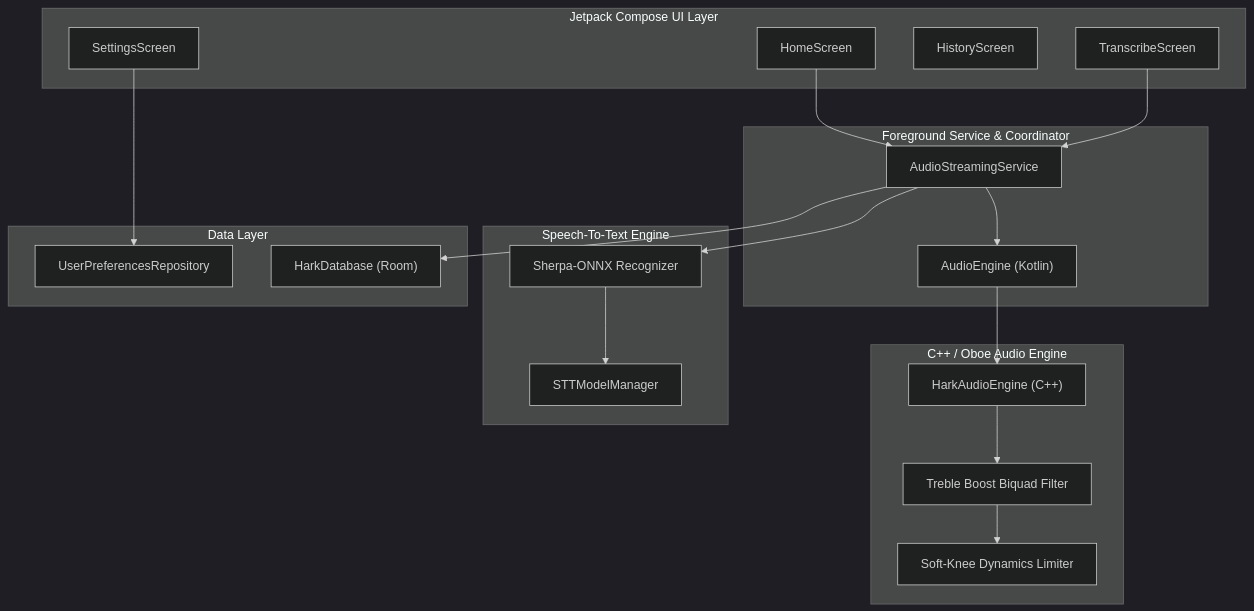
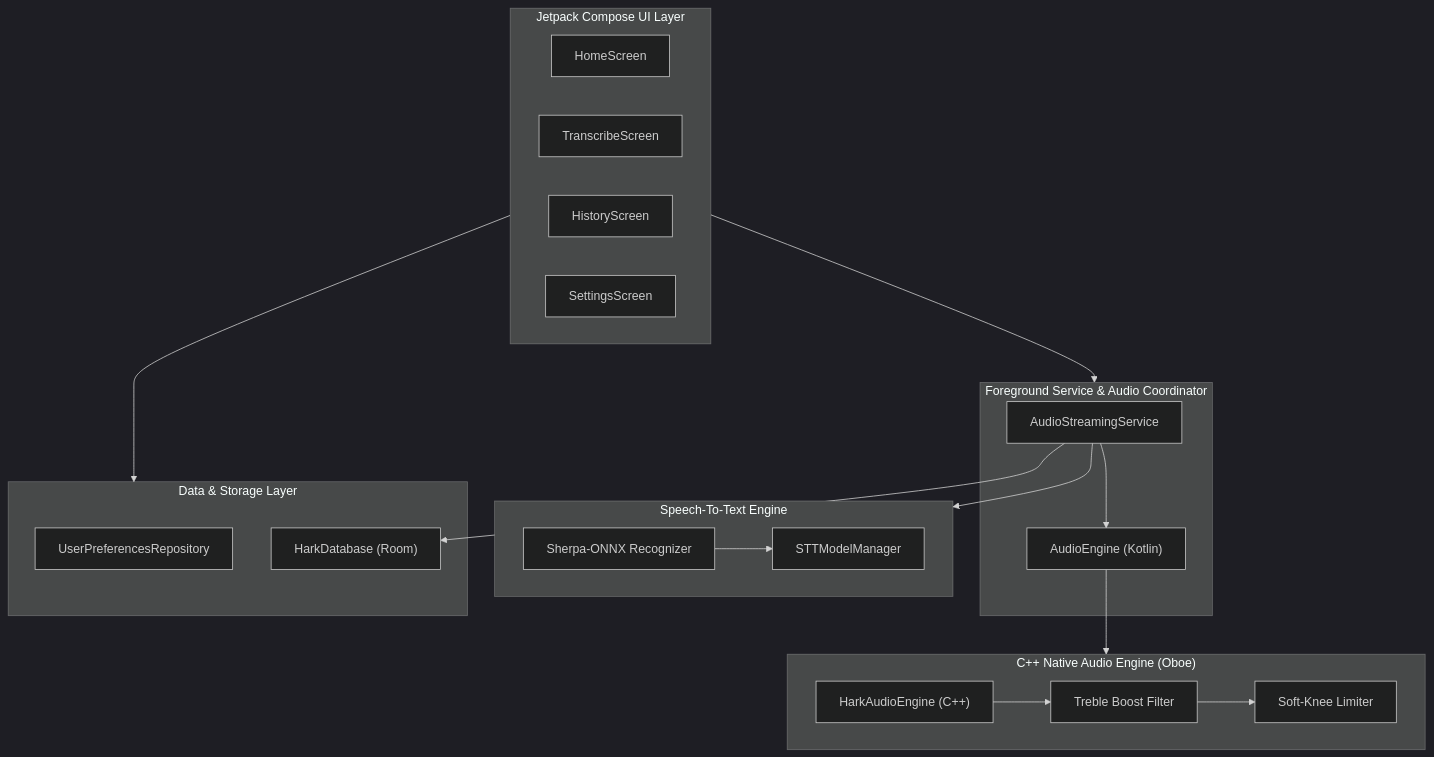
Before and after one commit to thivyan-studios/hark-app: the diagram in README.md, drawn with Mermaid (dark theme). The commit also changed 1 other file, not shown here.

Commit message:
Fixing README.md and ARCHITECTURE.md

````diff
--- a/README.md
+++ b/README.md
@@ -33,41 +33,39 @@
 ```mermaid
 flowchart TD
     subgraph UI ["Jetpack Compose UI Layer"]
         HomeScreen["HomeScreen"]
         TranscribeScreen["TranscribeScreen"]
         HistoryScreen["HistoryScreen"]
         SettingsScreen["SettingsScreen"]
     end
 
-    subgraph Core ["Foreground Service & Coordinator"]
+    subgraph Core ["Foreground Service & Audio Coordinator"]
         Service["AudioStreamingService"]
         AudioEngine["AudioEngine (Kotlin)"]
+        Service --> AudioEngine
     end
 
-    subgraph Native ["C++ / Oboe Audio Engine"]
+    subgraph Native ["C++ Native Audio Engine (Oboe)"]
         HarkNative["HarkAudioEngine (C++)"]
-        TrebleFilter["Treble Boost Biquad Filter"]
-        Limiter["Soft-Knee Dynamics Limiter"]
+        TrebleFilter["Treble Boost Filter"]
+        Limiter["Soft-Knee Limiter"]
+        HarkNative --> TrebleFilter --> Limiter
     end
 
     subgraph ML ["Speech-To-Text Engine"]
         Sherpa["Sherpa-ONNX Recognizer"]
         ModelMgr["STTModelManager"]
+        Sherpa --> ModelMgr
     end
 
-    subgraph Storage ["Data Layer"]
+    subgraph Storage ["Data & Storage Layer"]
         DataStore["UserPreferencesRepository"]
         RoomDB["HarkDatabase (Room)"]
     end
 
-    HomeScreen --> Service
-    TranscribeScreen --> Service
-    SettingsScreen --> DataStore
-    Service --> AudioEngine
-    AudioEngine --> HarkNative
-    HarkNative --> TrebleFilter
-    TrebleFilter --> Limiter
-    Service --> Sherpa
-    Sherpa --> ModelMgr
+    UI --> Core
+    UI --> Storage
+    AudioEngine --> Native
+    Service --> ML
     Service --> RoomDB
 ```
````
